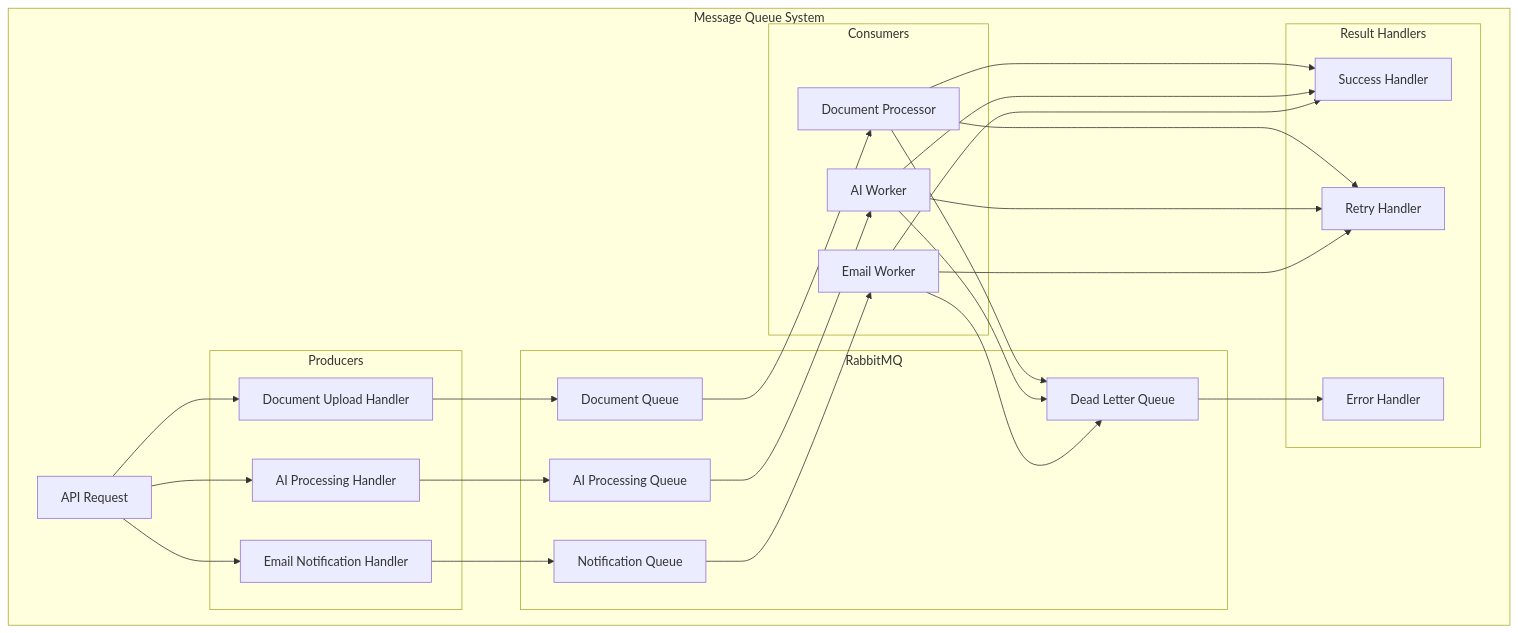
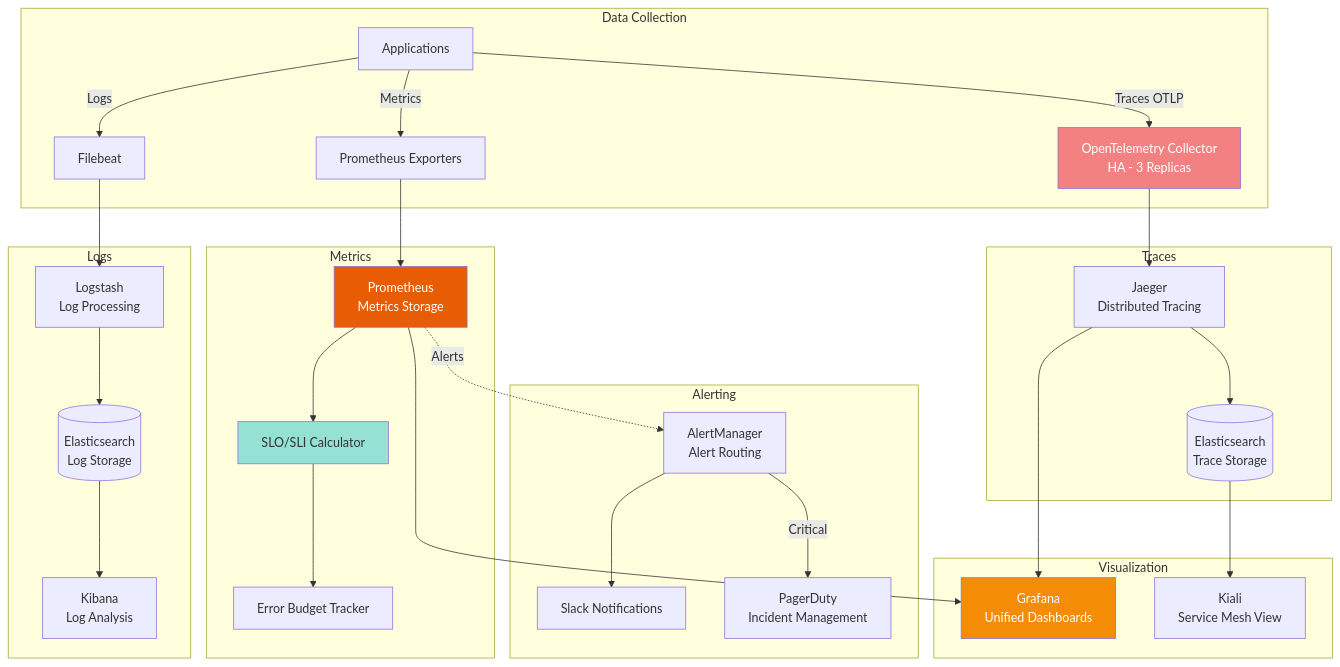
Diagram 16 of 26 in ARCHITECTURE.md (Derek-miranda/DocuThinker-AI), drawn with Mermaid before and after one commit. The commit also changed other lines of this file and 36 other files, not shown here.

````diff
--- a/ARCHITECTURE.md
+++ b/ARCHITECTURE.md
@@ -837,57 +1355,65 @@
 ```mermaid
 graph TB
-    subgraph "Message Queue System"
-        A[API Request]
-
-        subgraph "Producers"
-            B[Document Upload Handler]
-            C[AI Processing Handler]
-            D[Email Notification Handler]
-        end
-
-        subgraph "RabbitMQ"
-            E[Document Queue]
-            F[AI Processing Queue]
-            G[Notification Queue]
-            H[Dead Letter Queue]
-        end
-
-        subgraph "Consumers"
-            I[Document Processor]
-            J[AI Worker]
-            K[Email Worker]
-        end
-
-        subgraph "Result Handlers"
-            L[Success Handler]
-            M[Retry Handler]
-            N[Error Handler]
-        end
+    subgraph "Data Collection"
+        APP[Applications]
+        OTEL[OpenTelemetry Collector<br/>HA - 3 Replicas]
+        PROM_EXP[Prometheus Exporters]
+        FILEBEAT[Filebeat]
     end
 
-    A --> B
-    A --> C
-    A --> D
+    subgraph "Traces"
+        JAEGER[Jaeger<br/>Distributed Tracing]
+        TRACE_STORE[(Elasticsearch<br/>Trace Storage)]
+    end
 
-    B --> E
-    C --> F
-    D --> G
+    subgraph "Metrics"
+        PROM[Prometheus<br/>Metrics Storage]
+        SLO[SLO/SLI Calculator]
+        ERROR_BUDGET[Error Budget Tracker]
+    end
 
-    E --> I
-    F --> J
-    G --> K
+    subgraph "Logs"
+        LOGSTASH[Logstash<br/>Log Processing]
+        ELASTIC[(Elasticsearch<br/>Log Storage)]
+        KIBANA[Kibana<br/>Log Analysis]
+    end
 
-    I --> L
-    J --> L
-    K --> L
+    subgraph "Visualization"
+        GRAF[Grafana<br/>Unified Dashboards]
+        KIALI[Kiali<br/>Service Mesh View]
+    end
 
-    I --> M
-    J --> M
-    K --> M
+    subgraph "Alerting"
+        ALERT_MGR[AlertManager<br/>Alert Routing]
+        SLACK[Slack Notifications]
+        PAGERDUTY[PagerDuty<br/>Incident Management]
+    end
 
-    I --> H
-    J --> H
-    K --> H
+    APP -->|Traces OTLP| OTEL
+    APP -->|Metrics| PROM_EXP
+    APP -->|Logs| FILEBEAT
 
-    H --> N
+    OTEL --> JAEGER
+    JAEGER --> TRACE_STORE
+
+    PROM_EXP --> PROM
+    PROM --> SLO
+    SLO --> ERROR_BUDGET
+
+    FILEBEAT --> LOGSTASH
+    LOGSTASH --> ELASTIC
+    ELASTIC --> KIBANA
+
+    PROM --> GRAF
+    JAEGER --> GRAF
+    TRACE_STORE --> KIALI
+
+    PROM -.->|Alerts| ALERT_MGR
+    ALERT_MGR --> SLACK
+    ALERT_MGR -->|Critical| PAGERDUTY
+
+    style OTEL fill:#F38181,color:#fff
+    style PROM fill:#E85D04,color:#fff
+    style GRAF fill:#F48C06,color:#fff
+    style SLO fill:#95E1D3
 ```
````
